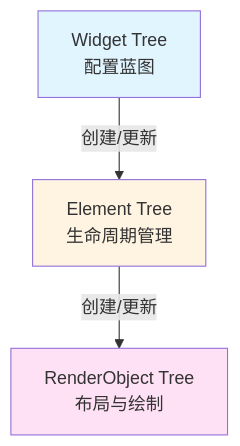
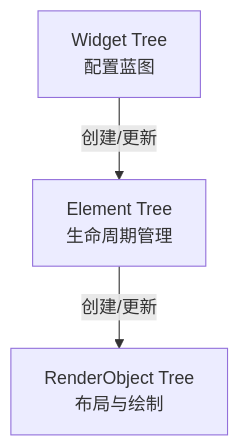
The first of 2 diagrams in Flutter/Widget/Widget基础使用篇.md (jiaxiangdong0309/StudyDocument), drawn with Mermaid before and after one commit. The commit also changed other lines of this file and 19 other files, not shown here.

````diff
--- a/Flutter/Widget/Widget基础使用篇.md
+++ b/Flutter/Widget/Widget基础使用篇.md
@@ -46,9 +46,6 @@
 ```mermaid
 graph TD
     A[Widget Tree<br/>配置蓝图] -->|创建/更新| B[Element Tree<br/>生命周期管理]
     B -->|创建/更新| C[RenderObject Tree<br/>布局与绘制]
 
-    style A fill:#e1f5ff
-    style B fill:#fff4e1
-    style C fill:#ffe1f5
 ```
````
